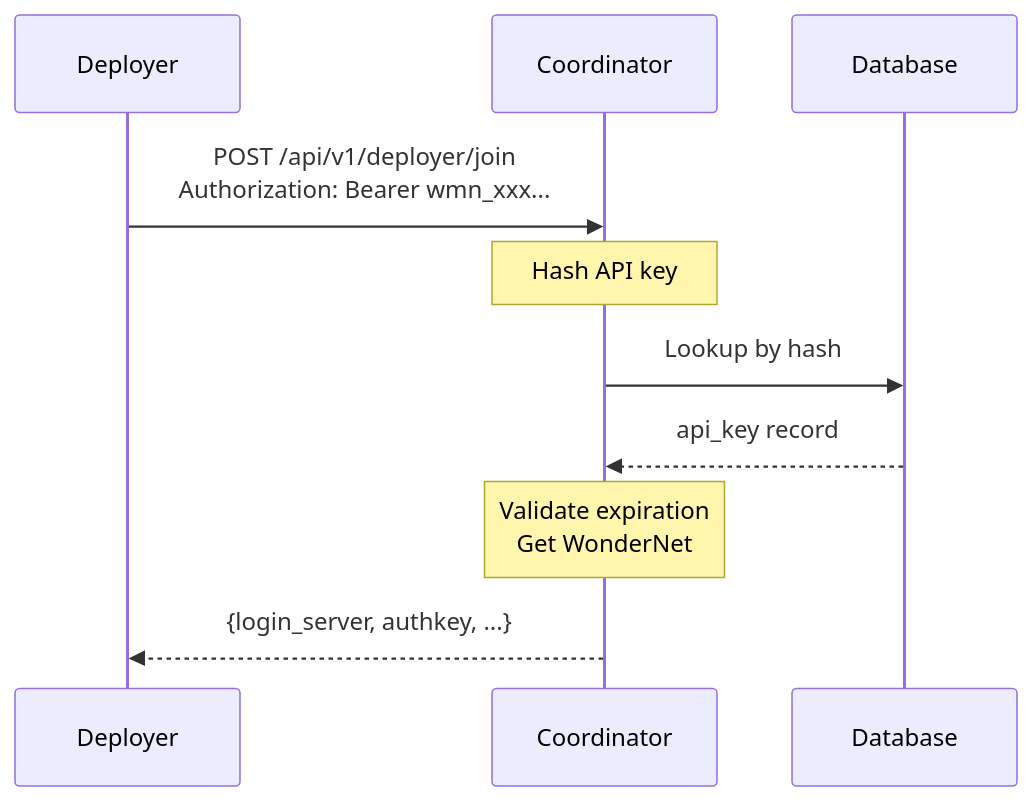
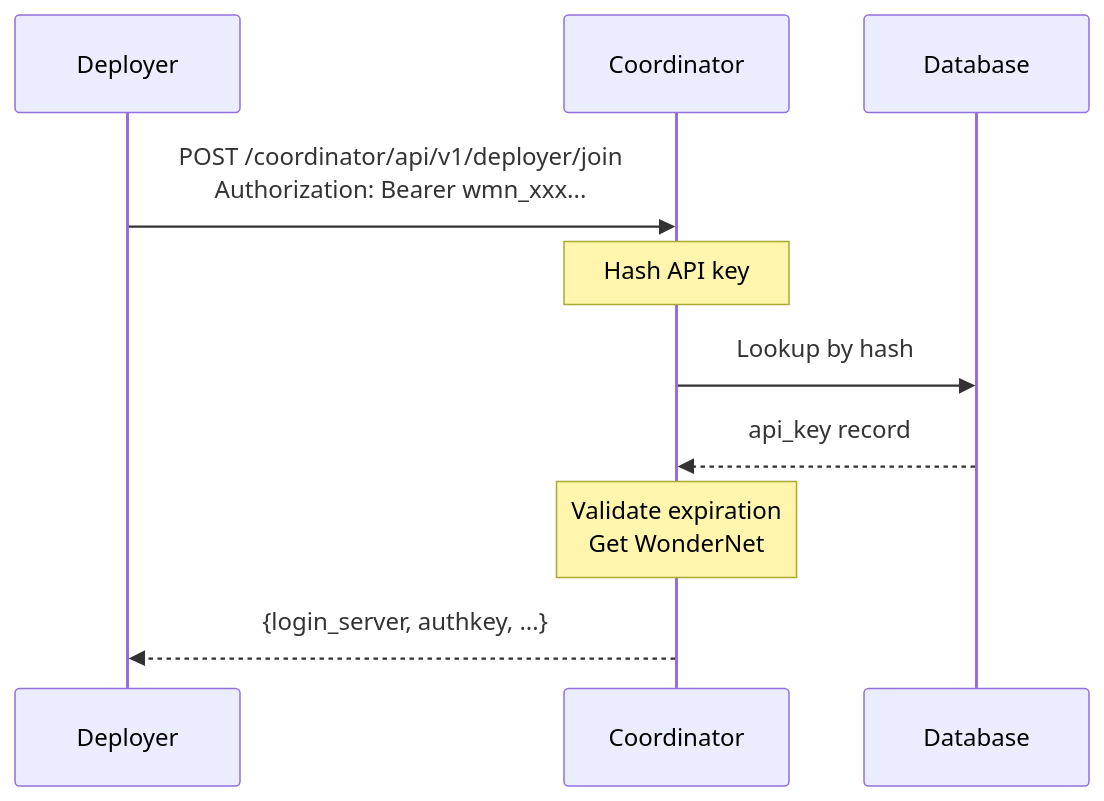
The seventh of 7 diagrams in docs/AUTH_DESIGN.md (STRRL/wonder-mesh-net), drawn with Mermaid before and after one commit. The commit also changed other lines of this file, not shown here.

````diff
--- a/docs/AUTH_DESIGN.md
+++ b/docs/AUTH_DESIGN.md
@@ -288,17 +288,17 @@
 ```mermaid
 sequenceDiagram
     participant Deployer
     participant Coordinator
     participant Database
 
-    Deployer->>Coordinator: POST /api/v1/deployer/join<br/>Authorization: Bearer wmn_xxx...
+    Deployer->>Coordinator: POST /coordinator/api/v1/deployer/join<br/>Authorization: Bearer wmn_xxx...
 
     Note over Coordinator: Hash API key
 
     Coordinator->>Database: Lookup by hash
     Database-->>Coordinator: api_key record
 
     Note over Coordinator: Validate expiration<br/>Get WonderNet
 
     Coordinator-->>Deployer: {login_server, authkey, ...}
 ```
````
